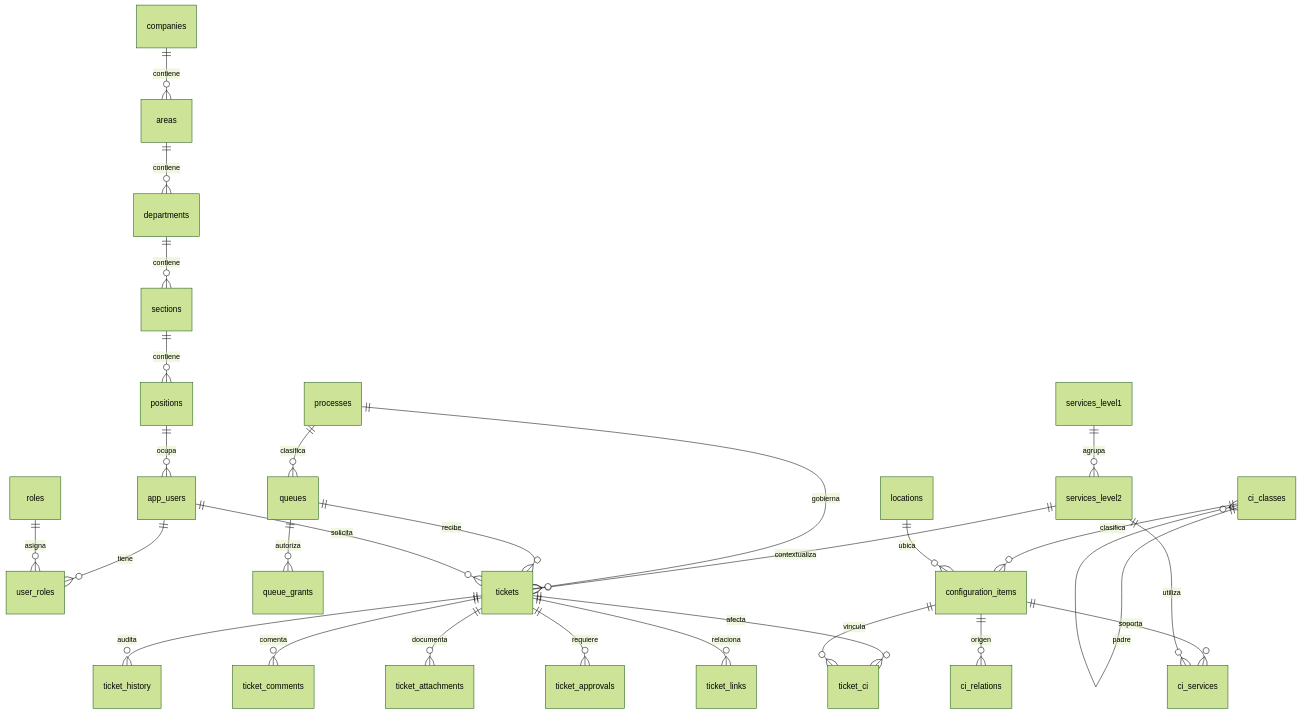
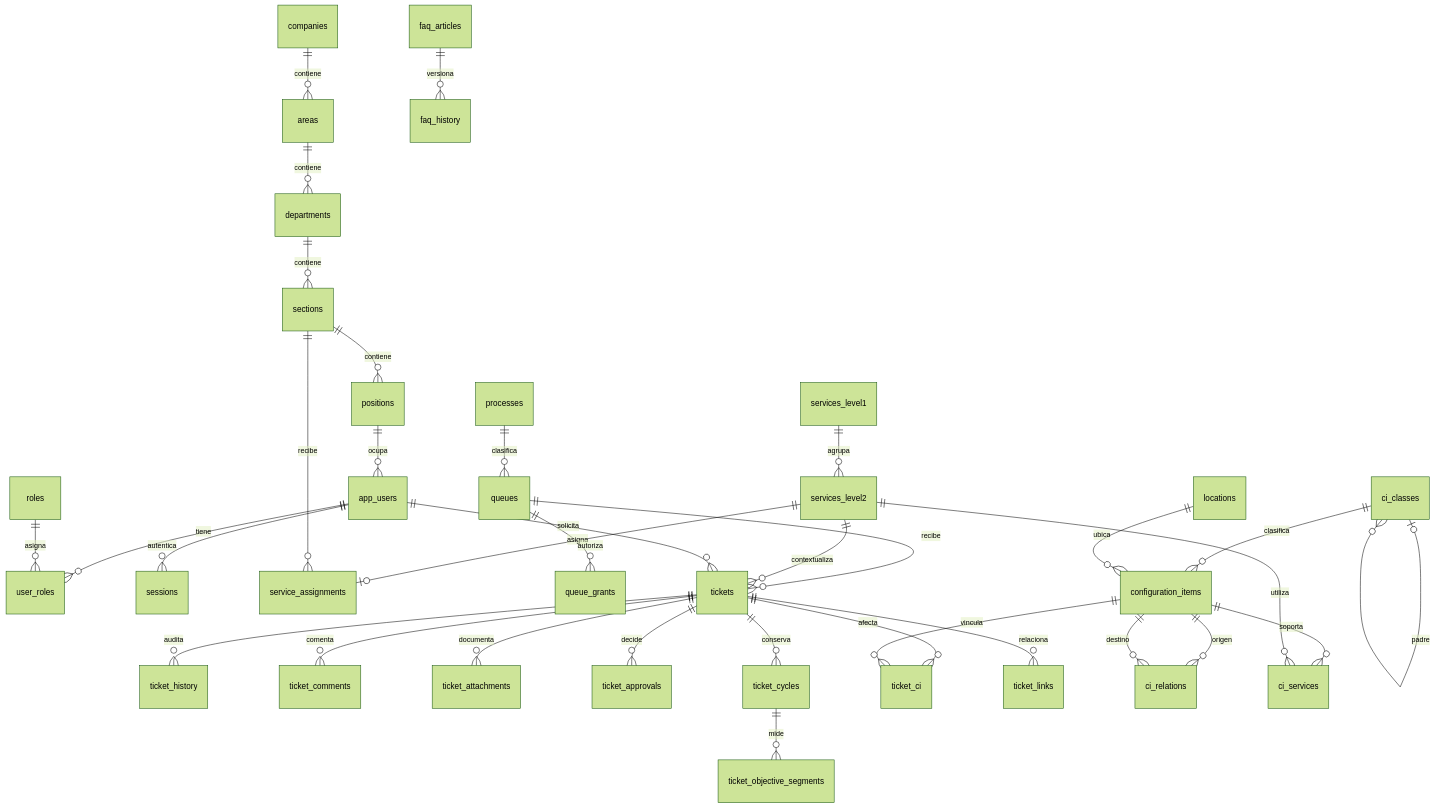
Before and after one commit to Jeremy142OO4/parcial-catalogo-servicios-ti-202300644: the diagram in docs/MODELO.md, drawn with Mermaid (forest theme). The commit also changed other lines of this file and 40 other files, not shown here.

````diff
--- a/docs/MODELO.md
+++ b/docs/MODELO.md
@@ -17,30 +28,36 @@
 ```mermaid
 erDiagram
   companies ||--o{ areas : contiene
   areas ||--o{ departments : contiene
   departments ||--o{ sections : contiene
   sections ||--o{ positions : contiene
   positions ||--o{ app_users : ocupa
   app_users ||--o{ user_roles : tiene
   roles ||--o{ user_roles : asigna
+  app_users ||--o{ sessions : autentica
+  services_level1 ||--o{ services_level2 : agrupa
+  services_level2 ||--o| service_assignments : asigna
+  sections ||--o{ service_assignments : recibe
   processes ||--o{ queues : clasifica
   queues ||--o{ queue_grants : autoriza
-  services_level1 ||--o{ services_level2 : agrupa
+  queues ||--o{ tickets : recibe
   services_level2 ||--o{ tickets : contextualiza
-  processes ||--o{ tickets : gobierna
-  queues ||--o{ tickets : recibe
   app_users ||--o{ tickets : solicita
   tickets ||--o{ ticket_history : audita
   tickets ||--o{ ticket_comments : comenta
   tickets ||--o{ ticket_attachments : documenta
-  tickets ||--o{ ticket_approvals : requiere
+  tickets ||--o{ ticket_approvals : decide
+  tickets ||--o{ ticket_cycles : conserva
+  ticket_cycles ||--o{ ticket_objective_segments : mide
   tickets ||--o{ ticket_ci : afecta
   tickets ||--o{ ticket_links : relaciona
-  ci_classes ||--o{ ci_classes : padre
+  ci_classes o|--o{ ci_classes : padre
   ci_classes ||--o{ configuration_items : clasifica
   locations ||--o{ configuration_items : ubica
   configuration_items ||--o{ ticket_ci : vincula
   configuration_items ||--o{ ci_relations : origen
+  configuration_items ||--o{ ci_relations : destino
   configuration_items ||--o{ ci_services : soporta
   services_level2 ||--o{ ci_services : utiliza
+  faq_articles ||--o{ faq_history : versiona
 ```
````
